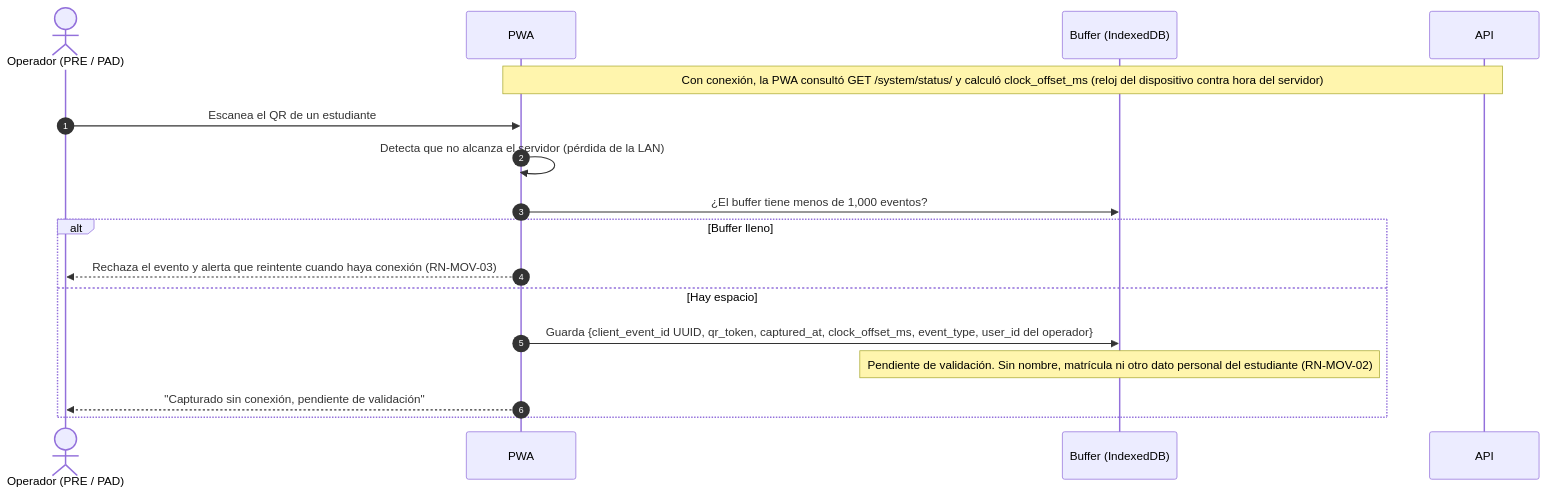
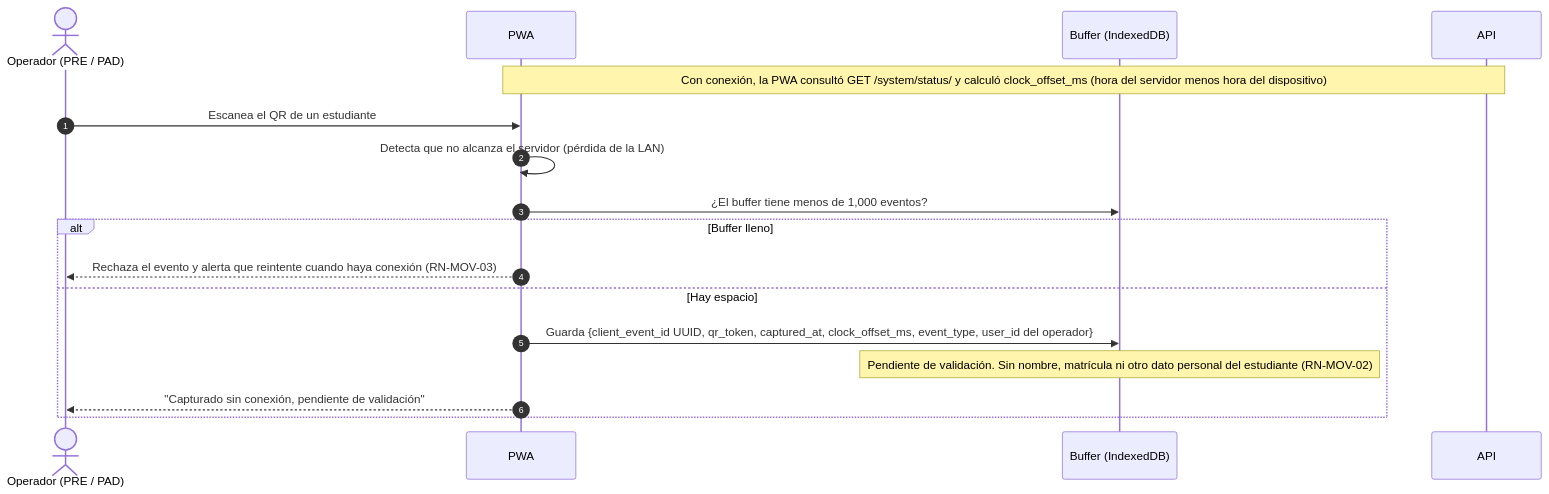
One commit to migolitofirmaditocmd/SIGE changed diagram 14 of 23 in docs/3 Arquitectura de software/SIGE_Diagramas_de_Secuencia_v1.1.md. Above: the diagram before and after it, drawn with Mermaid. The commit also changed other lines of this file and 10 other files, not shown here.

````diff
--- a/docs/3 Arquitectura de software/SIGE_Diagramas_de_Secuencia_v1.1.md
+++ b/docs/3 Arquitectura de software/SIGE_Diagramas_de_Secuencia_v1.1.md
@@ -681,20 +681,20 @@
 ```mermaid
 sequenceDiagram
     autonumber
     actor O as Operador (PRE / PAD)
     participant W as PWA
     participant B as Buffer (IndexedDB)
     participant A as API
 
-    Note over W,A: Con conexión, la PWA consultó GET /system/status/ y calculó clock_offset_ms (reloj del dispositivo contra hora del servidor)
+    Note over W,A: Con conexión, la PWA consultó GET /system/status/ y calculó clock_offset_ms (hora del servidor menos hora del dispositivo)
     O->>W: Escanea el QR de un estudiante
     W->>W: Detecta que no alcanza el servidor (pérdida de la LAN)
     W->>B: ¿El buffer tiene menos de 1,000 eventos?
     alt Buffer lleno
         W-->>O: Rechaza el evento y alerta que reintente cuando haya conexión (RN-MOV-03)
     else Hay espacio
         W->>B: Guarda {client_event_id UUID, qr_token, captured_at, clock_offset_ms, event_type, user_id del operador}
         Note over B: Pendiente de validación. Sin nombre, matrícula ni otro dato personal del estudiante (RN-MOV-02)
         W-->>O: "Capturado sin conexión, pendiente de validación"
     end
 ```
````
